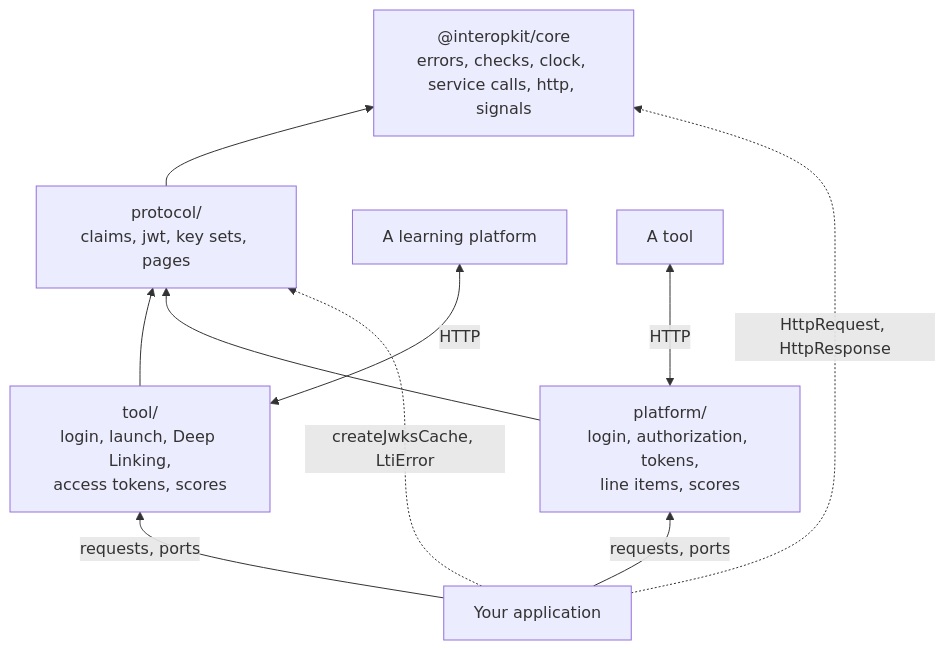
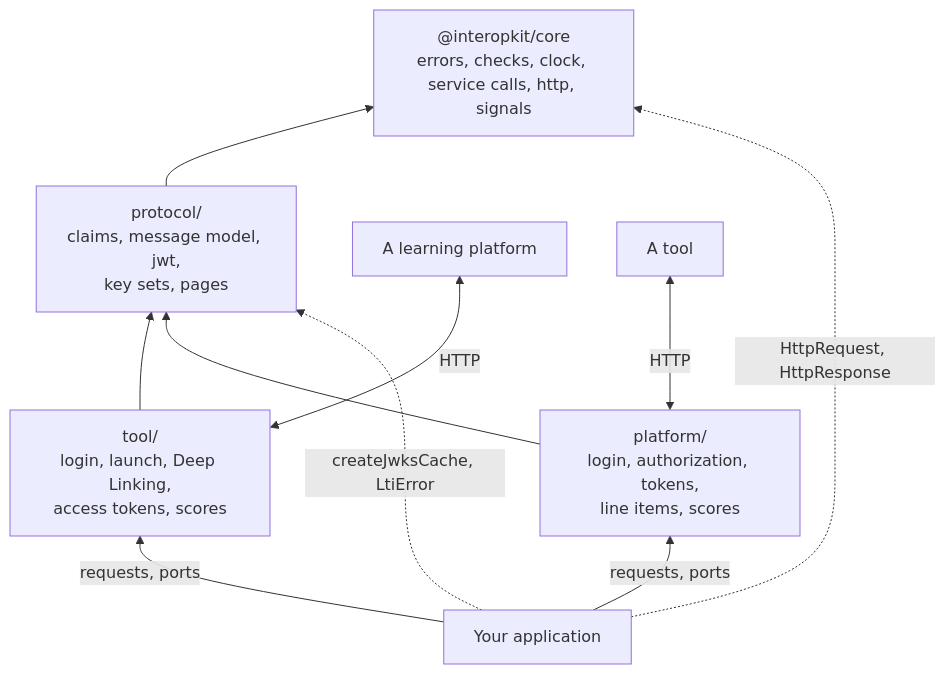
One commit to interopkit/interopkit changed the diagram in docs/tool-integration/architecture.md. Above: the diagram before and after it, drawn with Mermaid. The commit also changed other lines of this file and 76 other files, not shown here.

````diff
--- a/docs/tool-integration/architecture.md
+++ b/docs/tool-integration/architecture.md
@@ -6,17 +6,17 @@
 ```mermaid
 flowchart BT
   core["@interopkit/core<br/>errors, checks, clock, service calls, http, signals"]
-  proto["protocol/<br/>claims, jwt, key sets, pages"]
+  proto["protocol/<br/>claims, message model, jwt,<br/>key sets, pages"]
   tool["tool/<br/>login, launch, Deep Linking,<br/>access tokens, scores"]
   platformRole["platform/<br/>login, authorization, tokens,<br/>line items, scores"]
   host["Your application"]
   proto --> core
   tool --> proto
   platformRole --> proto
   host -->|"requests, ports"| tool
   host -->|"requests, ports"| platformRole
   host -.->|"HttpRequest, HttpResponse"| core
   host -.->|"createJwksCache, LtiError"| proto
   tool <-->|"HTTP"| platform["A learning platform"]
   platformRole <-->|"HTTP"| tools["A tool"]
 ```
````
